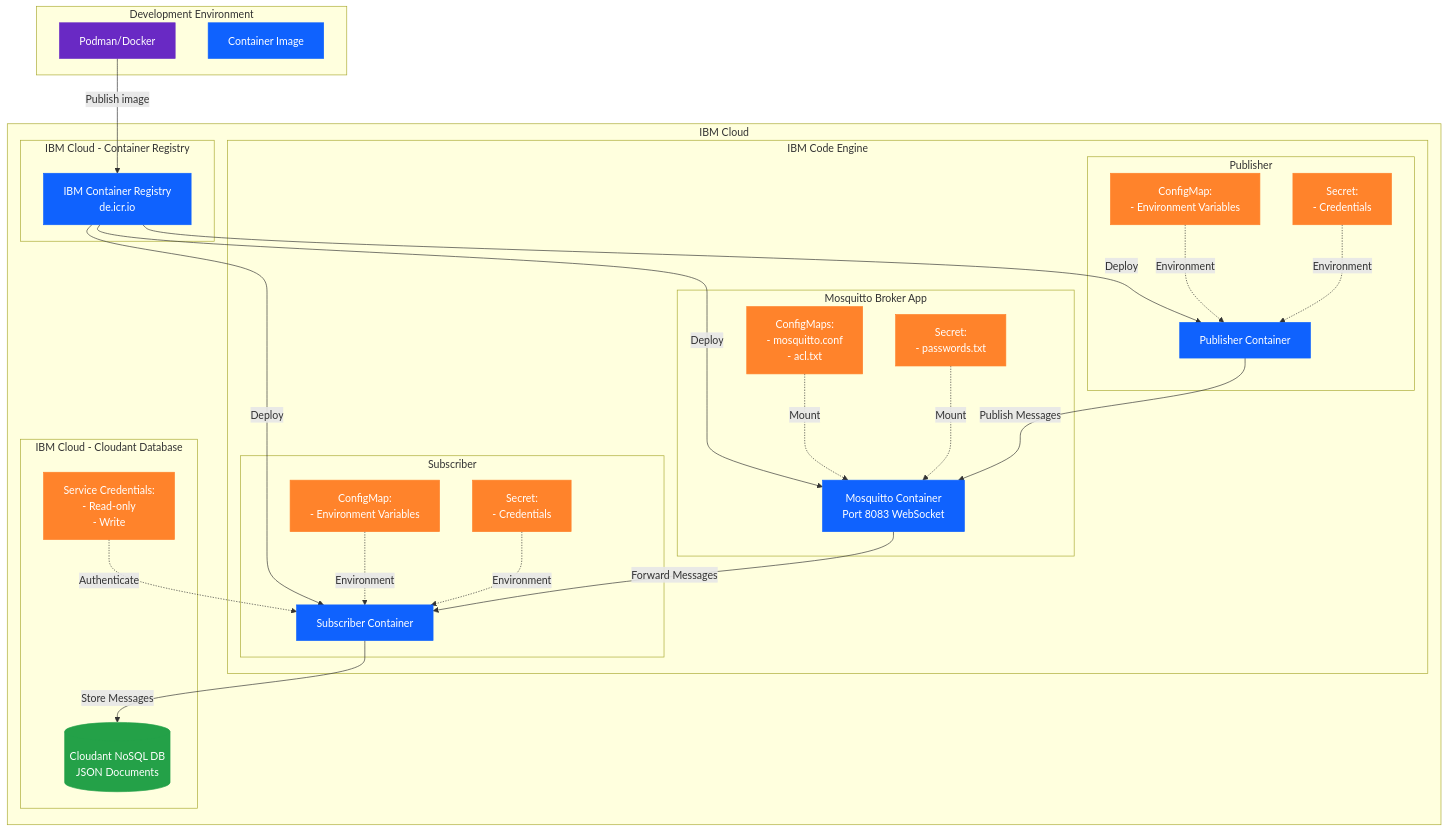
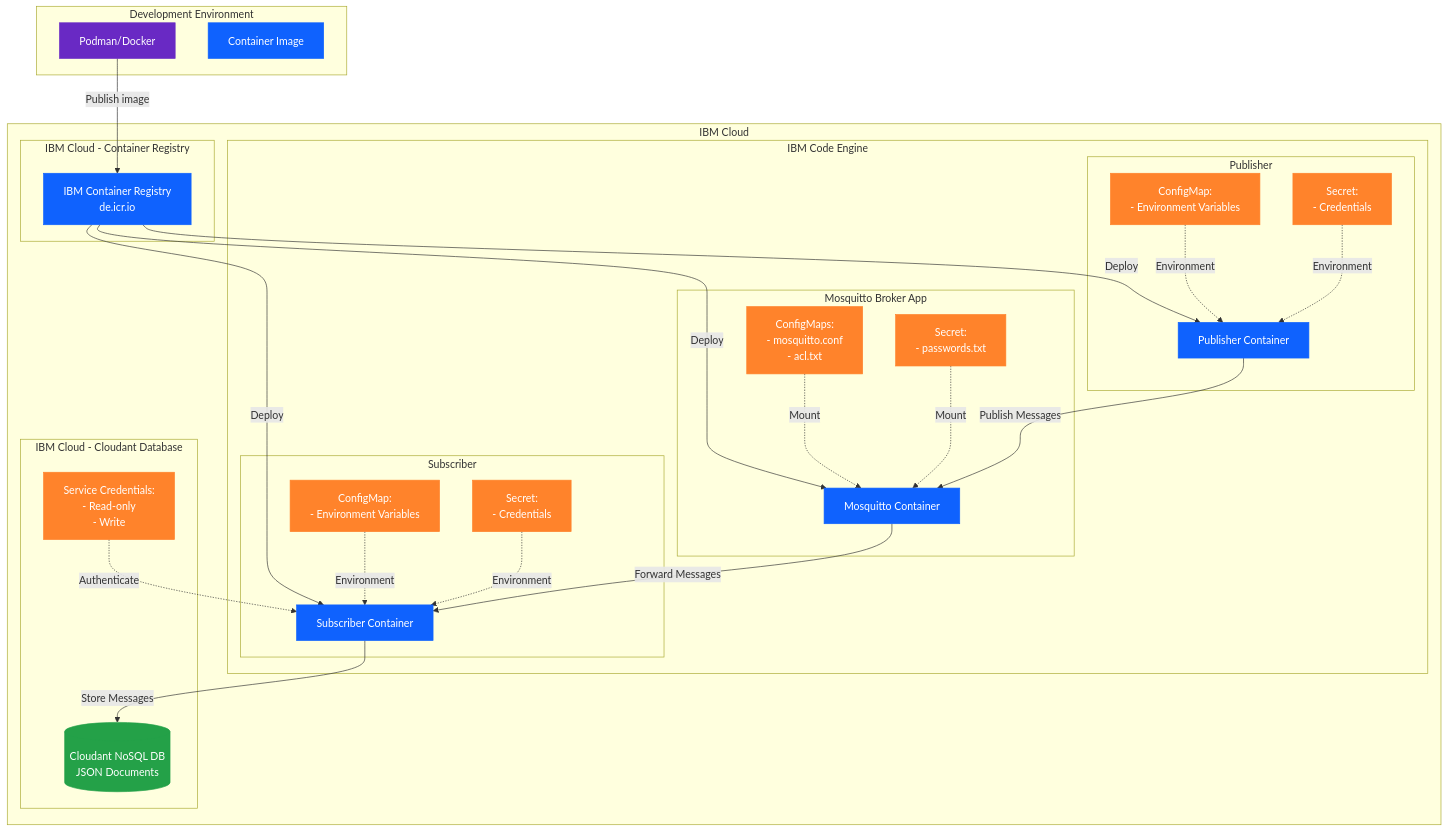
Before and after one commit to RapTho/cyberphysische-systeme: the diagram in files/architecture.mermaid, drawn with Mermaid. The commit also changed 1 other file, not shown here.

Commit message:
modified architecture

```diff
--- a/files/architecture.mermaid
+++ b/files/architecture.mermaid
@@ -1,76 +1,76 @@
 graph TB
     subgraph "Development Environment"
 
         Podman[Podman/Docker]
         Python[Container Image]
     end
 
     
 
     subgraph "IBM Cloud"
         subgraph "IBM Cloud - Container Registry"
             ICR[IBM Container Registry<br/>de.icr.io]
         end
         
         subgraph "IBM Code Engine"
             subgraph "Mosquitto Broker App"
-                MosquittoApp[Mosquitto Container<br/>Port 8083 WebSocket]
+                MosquittoApp[Mosquitto Container]
                 MosquittoConfig[ConfigMaps:<br/>- mosquitto.conf<br/>- acl.txt]
                 MosquittoSecret[Secret:<br/>- passwords.txt]
             end
 
             subgraph "Subscriber"
                 SubscriberJob[Subscriber Container]
                 SubscriberConfig[ConfigMap:<br/>- Environment Variables]
                 SubscriberSecret[Secret:<br/>- Credentials]
             end
 
             subgraph "Publisher"
                 PublisherJob[Publisher Container]
                 PublisherConfig[ConfigMap:<br/>- Environment Variables]
                 PublisherSecret[Secret:<br/>- Credentials]
             end
         end
 
         subgraph "IBM Cloud - Cloudant Database"
             Cloudant[(Cloudant NoSQL DB<br/>JSON Documents)]
             CloudantCreds[Service Credentials:<br/>- Read-only<br/>- Write]
         end
     end
 
     %% Build and Deploy Flow
 
     Podman -->|Publish image| ICR
     ICR -->|Deploy| MosquittoApp
     ICR -->|Deploy| SubscriberJob
     ICR -->|Deploy| PublisherJob
 
     %% Configuration
     MosquittoConfig -.->|Mount| MosquittoApp
     MosquittoSecret -.->|Mount| MosquittoApp
     SubscriberConfig -.->|Environment| SubscriberJob
     SubscriberSecret -.->|Environment| SubscriberJob
     PublisherConfig -.->|Environment| PublisherJob
     PublisherSecret -.->|Environment| PublisherJob
 
     %% MQTT Communication
     PublisherJob -->|Publish Messages| MosquittoApp
     MosquittoApp -->|Forward Messages| SubscriberJob
 
     %% Database Operations
     SubscriberJob -->|Store Messages| Cloudant
     CloudantCreds -.->|Authenticate| SubscriberJob
 
 
     %% Styling
     classDef ibmCloud fill:#0f62fe,stroke:#0f62fe,color:#fff
     classDef storage fill:#24a148,stroke:#24a148,color:#fff
     classDef app fill:#8a3ffc,stroke:#8a3ffc,color:#fff
     classDef config fill:#ff832b,stroke:#ff832b,color:#fff
     classDef local fill:#6929c4,stroke:#6929c4,color:#fff
 
     class ICR,MosquittoApp,SubscriberJob,PublisherJob,Python ibmCloud
     class Cloudant storage
     class Bruno app
     class MosquittoConfig,MosquittoSecret,SubscriberConfig,SubscriberSecret,PublisherConfig,PublisherSecret,CloudantCreds config
     class Dev,Podman local
```
